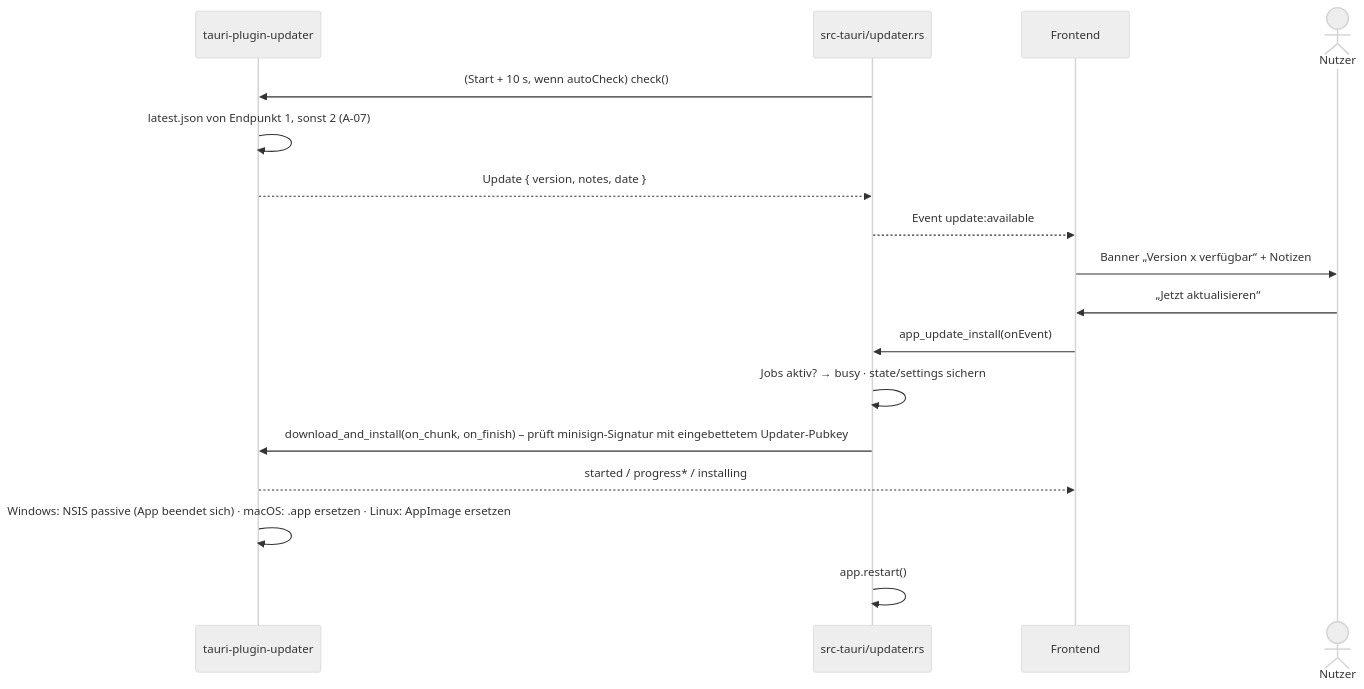
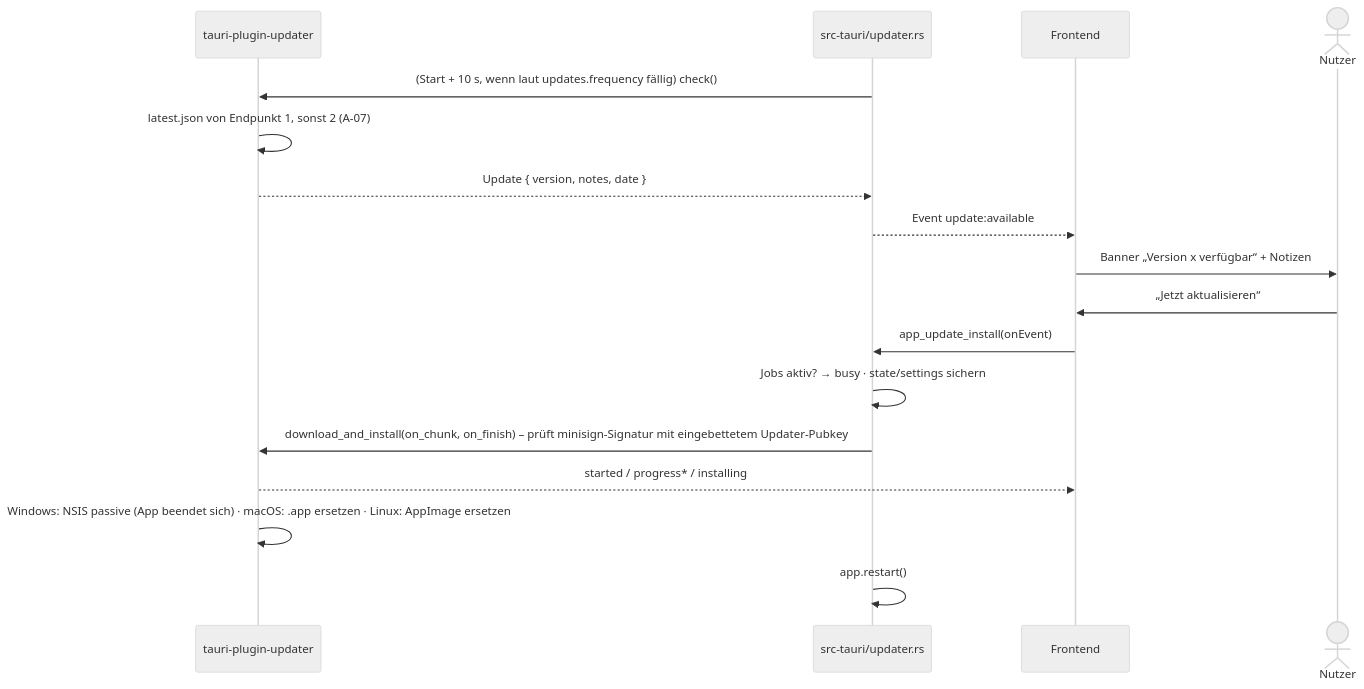
One commit to rouvenwieland/cypher-studio changed the fourth of 5 diagrams in docs/ARCHITEKTUR.md. Above: the diagram before and after it, drawn with Mermaid (neutral theme). The commit also changed other lines of this file and 5 other files, not shown here.

````diff
--- a/docs/ARCHITEKTUR.md
+++ b/docs/ARCHITEKTUR.md
@@ -1481,19 +1700,19 @@
 ```mermaid
 sequenceDiagram
     participant U as tauri-plugin-updater
     participant T as src-tauri/updater.rs
     participant F as Frontend
     actor N as Nutzer
-    T->>U: (Start + 10 s, wenn autoCheck) check()
+    T->>U: (Start + 10 s, wenn laut updates.frequency fällig) check()
     U->>U: latest.json von Endpunkt 1, sonst 2 (A-07)
     U-->>T: Update { version, notes, date }
     T-->>F: Event update:available
     F->>N: Banner „Version x verfügbar“ + Notizen
     N->>F: „Jetzt aktualisieren“
     F->>T: app_update_install(onEvent)
     T->>T: Jobs aktiv? → busy · state/settings sichern
     T->>U: download_and_install(on_chunk, on_finish) – prüft minisign-Signatur mit eingebettetem Updater-Pubkey
     U-->>F: started / progress* / installing
     U->>U: Windows: NSIS passive (App beendet sich) · macOS: .app ersetzen · Linux: AppImage ersetzen
     T->>T: app.restart()
 ```
````
